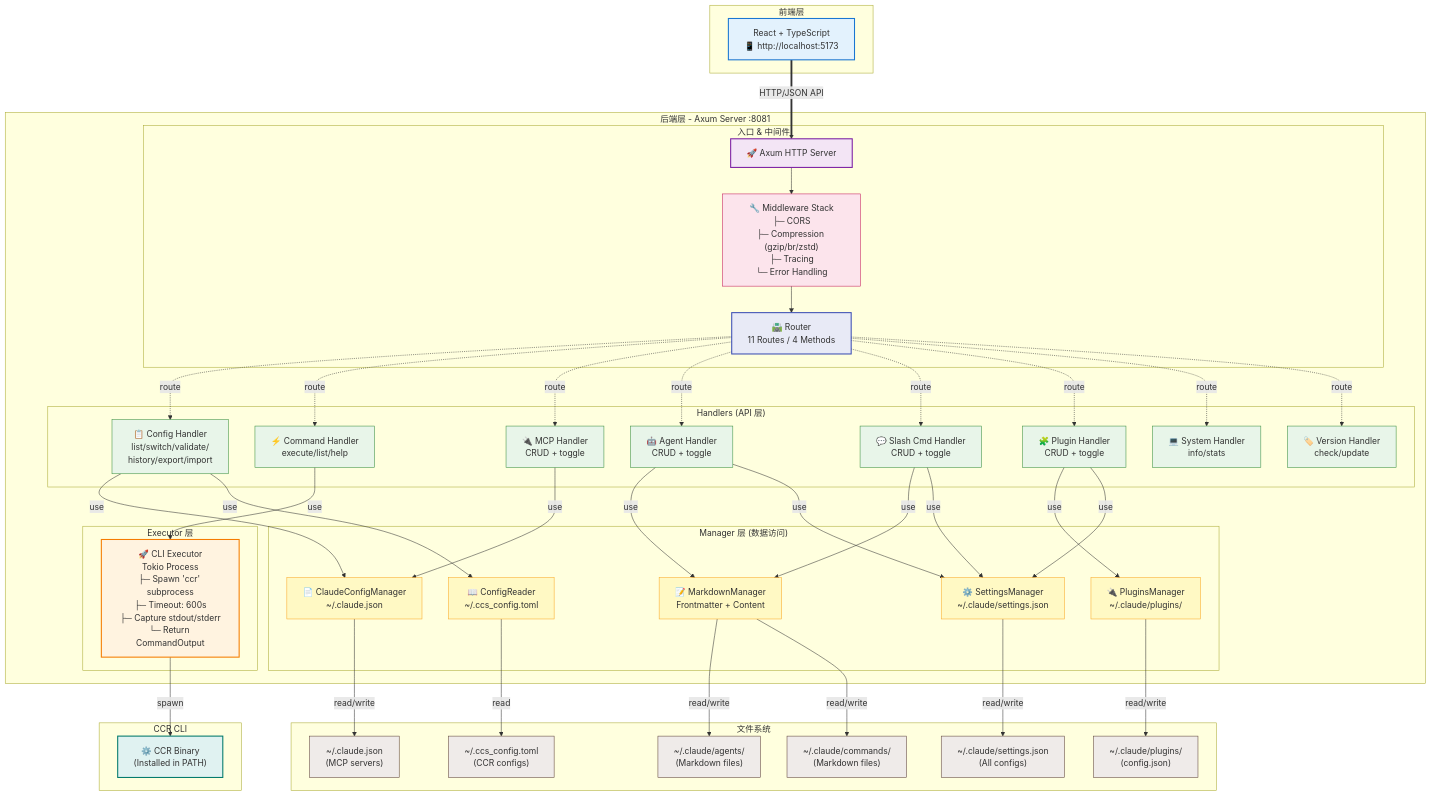
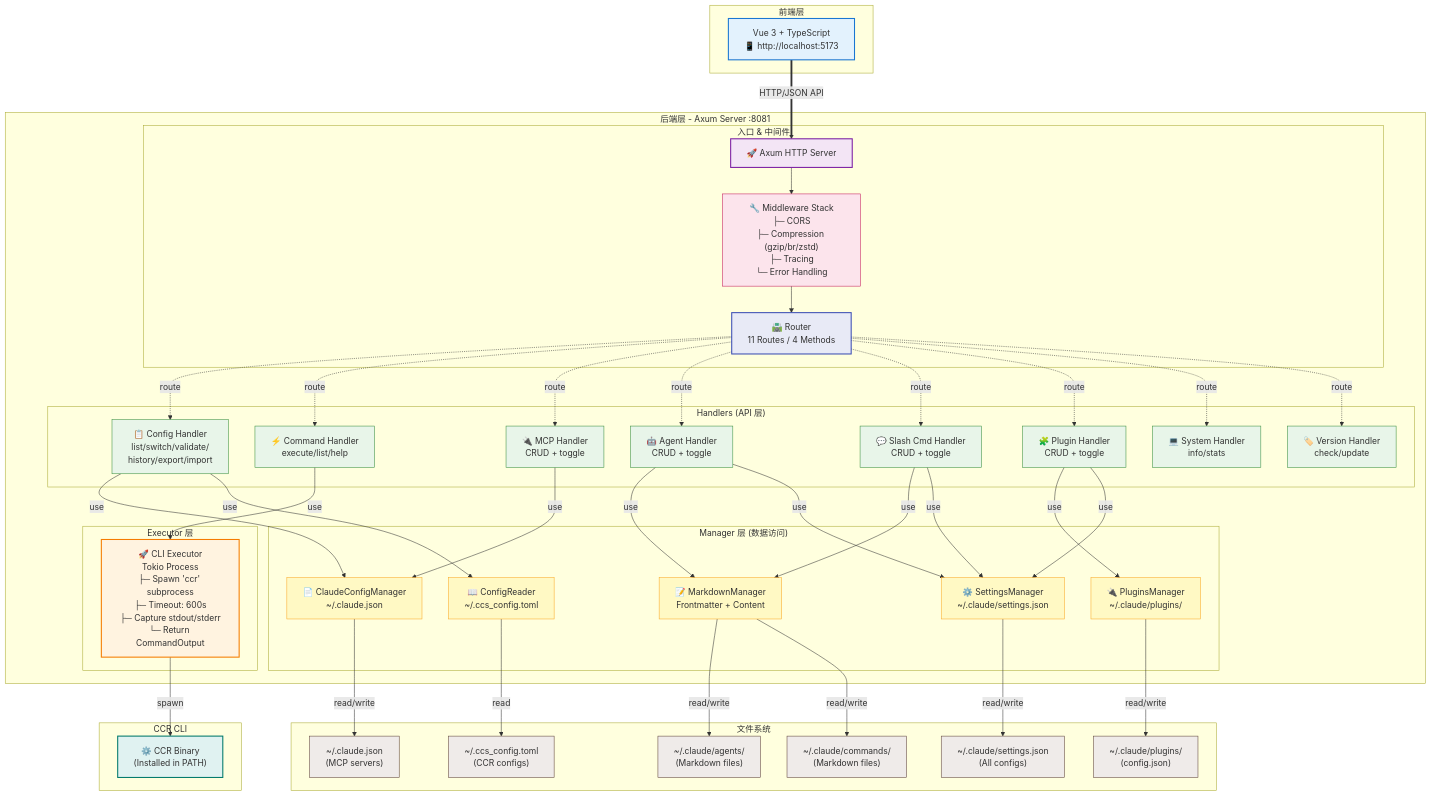
One commit to bahayonghang/ccr changed the first of 3 diagrams in ccr-ui/docs/backend/architecture.md. Above: the diagram before and after it, drawn with Mermaid. The commit also changed other lines of this file and 14 other files, not shown here.

````diff
--- a/ccr-ui/docs/backend/architecture.md
+++ b/ccr-ui/docs/backend/architecture.md
@@ -19,7 +19,7 @@
 ```mermaid
 graph TB
     subgraph "前端层"
-        Frontend["React + TypeScript<br/>📱 http://localhost:5173"]
+        Frontend["Vue 3 + TypeScript<br/>📱 http://localhost:5173"]
     end
     
     subgraph "后端层 - Axum Server :8081"
````
